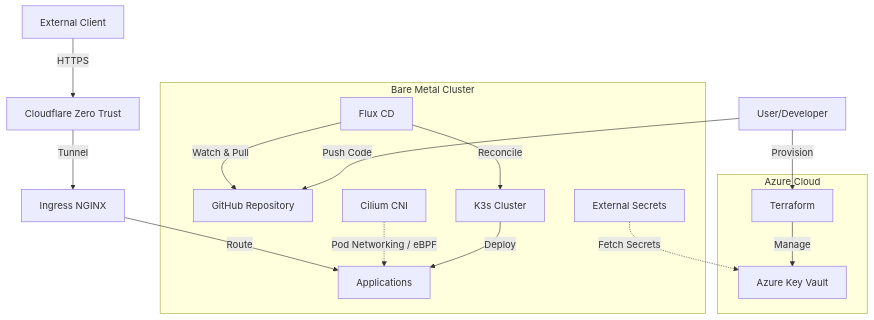
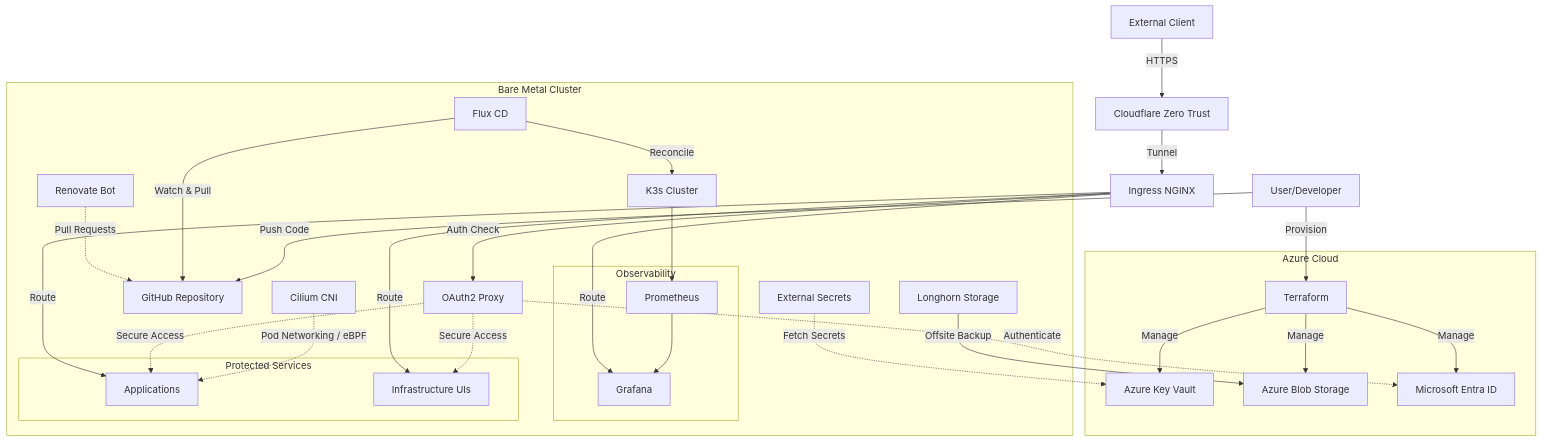
The diagram in README.md (xDaryamo/homelab), drawn with Mermaid before and after one commit. The commit also changed other lines of this file, not shown here.

Commit message:
docs: enhance architecture diagram with observability and automation flows

````diff
--- a/README.md
+++ b/README.md
@@ -31,21 +31,44 @@
 ```mermaid
 graph TD
     user[User/Developer] -->|Push Code| git[GitHub Repository]
     user -->|Provision| tf[Terraform]
 
     subgraph "Azure Cloud"
         tf -->|Manage| kv[Azure Key Vault]
+        tf -->|Manage| st[Azure Blob Storage]
+        tf -->|Manage| ent[Microsoft Entra ID]
     end
 
     subgraph "Bare Metal Cluster"
         flux[Flux CD] -->|Watch & Pull| git
         flux -->|Reconcile| k3s[K3s Cluster]
-        k3s -->|Deploy| app[Applications]
+        renovate[Renovate Bot] -.->|Pull Requests| git
+
+        subgraph "Observability"
+            prom[Prometheus]
+            graf[Grafana]
+        end
+        
+        subgraph "Protected Services"
+            app[Applications]
+            admin[Infrastructure UIs]
+        end
+        
         eso[External Secrets] -.->|Fetch Secrets| kv
         cilium[Cilium CNI] -.->|Pod Networking / eBPF| app
+        lh[Longhorn Storage] -->|Offsite Backup| st
+        oauth[OAuth2 Proxy] -.->|Authenticate| ent
+
+        k3s --> prom
+        prom --> graf
     end
     
     client[External Client] -->|HTTPS| cf[Cloudflare Zero Trust]
     cf -->|Tunnel| ingress[Ingress NGINX]
+    ingress -->|Auth Check| oauth
+    oauth -.->|Secure Access| app
+    oauth -.->|Secure Access| admin
     ingress -->|Route| app
+    ingress -->|Route| admin
+    ingress -->|Route| graf
 ```
````
